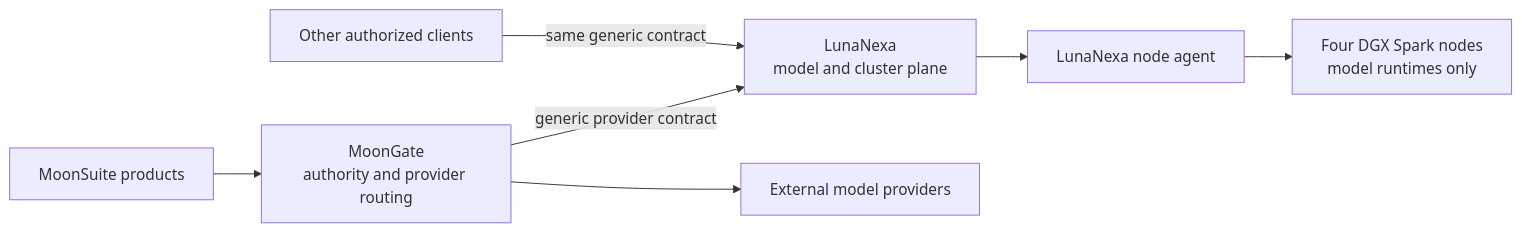
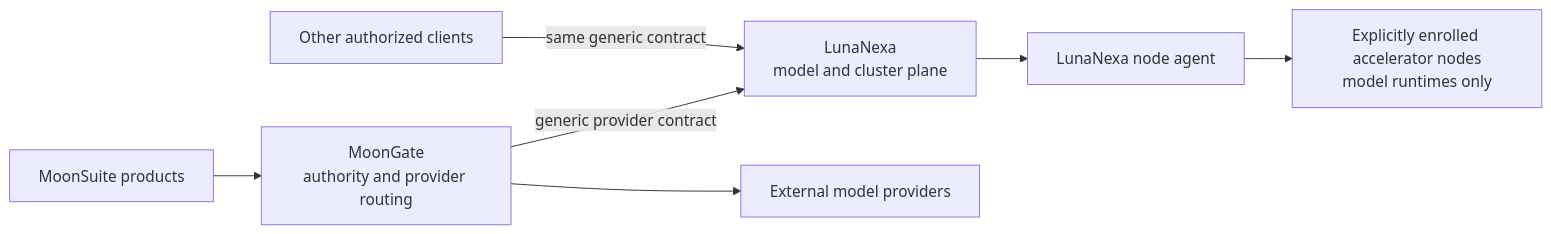
The diagram in README.mbt.md (vectie/lunanexa), drawn with Mermaid before and after one commit. The commit also changed other lines of this file and 194 other files, not shown here.

````diff
--- a/README.mbt.md
+++ b/README.mbt.md
@@ -17,9 +17,9 @@
 ```mermaid
 flowchart LR
     S["MoonSuite products"] --> G["MoonGate<br/>authority and provider routing"]
     G -->|"generic provider contract"| N["LunaNexa<br/>model and cluster plane"]
     X["Other authorized clients"] -->|"same generic contract"| N
     N --> A["LunaNexa node agent"]
-    A --> D["Four DGX Spark nodes<br/>model runtimes only"]
+    A --> D["Explicitly enrolled accelerator nodes<br/>model runtimes only"]
     G --> P["External model providers"]
 ```
````
